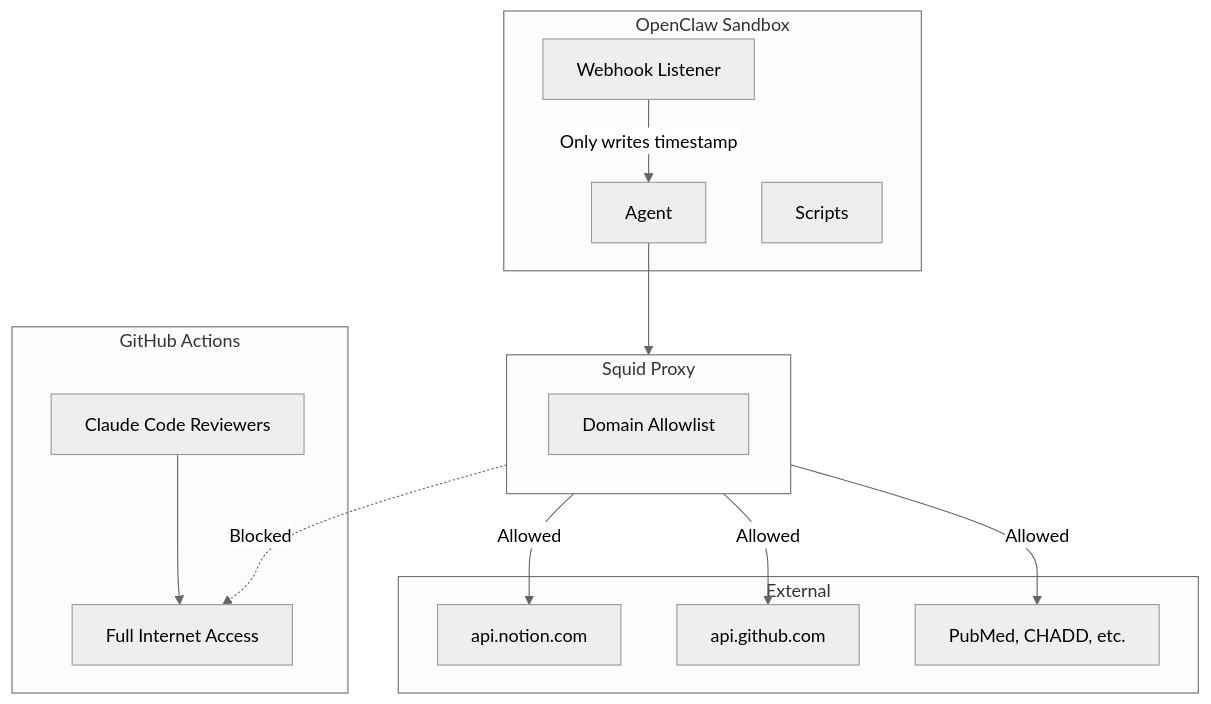
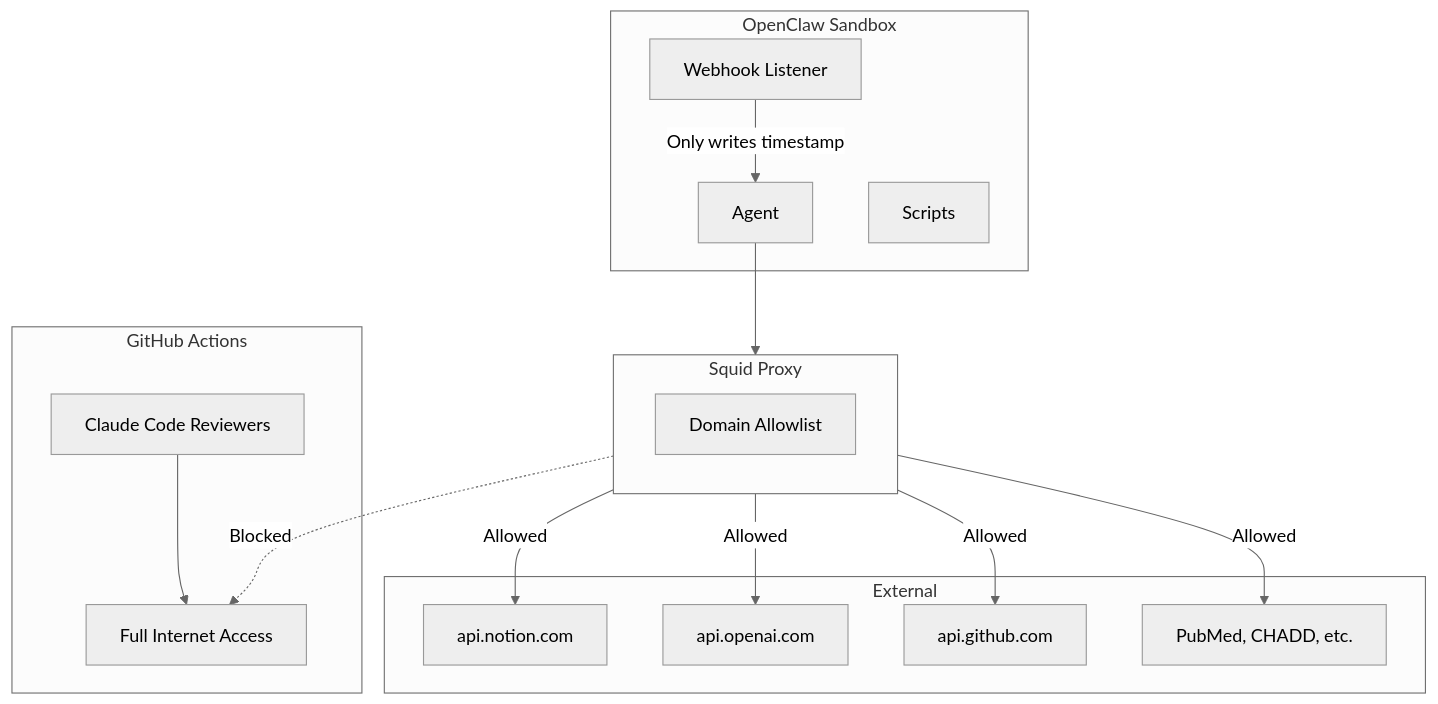
One commit to NickBorgersProbably/hide-my-list changed the fifth of 5 diagrams in docs/architecture.md. Above: the diagram before and after it, drawn with Mermaid (neutral theme). The commit also changed other lines of this file and 2 other files, not shown here.

````diff
--- a/docs/architecture.md
+++ b/docs/architecture.md
@@ -200,33 +216,35 @@
 ```mermaid
 flowchart TB
     subgraph Sandbox["OpenClaw Sandbox"]
         Agent[Agent]
         Scripts[Scripts]
         Webhook[Webhook Listener]
     end
 
     subgraph Proxy["Squid Proxy"]
         ACL[Domain Allowlist]
     end
 
     subgraph External["External"]
         Notion[api.notion.com]
+        OpenAI[api.openai.com]
         GitHub[api.github.com]
         Research[PubMed, CHADD, etc.]
     end
 
     subgraph CIEnv["GitHub Actions"]
         CI[Claude Code Reviewers]
         FullNet[Full Internet Access]
     end
 
     Agent --> Proxy
     Proxy -->|Allowed| Notion
+    Proxy -->|Allowed| OpenAI
     Proxy -->|Allowed| GitHub
     Proxy -->|Allowed| Research
     Proxy -.->|Blocked| FullNet
 
     CI --> FullNet
 
     Webhook -->|Only writes timestamp| Agent
 ```
````
